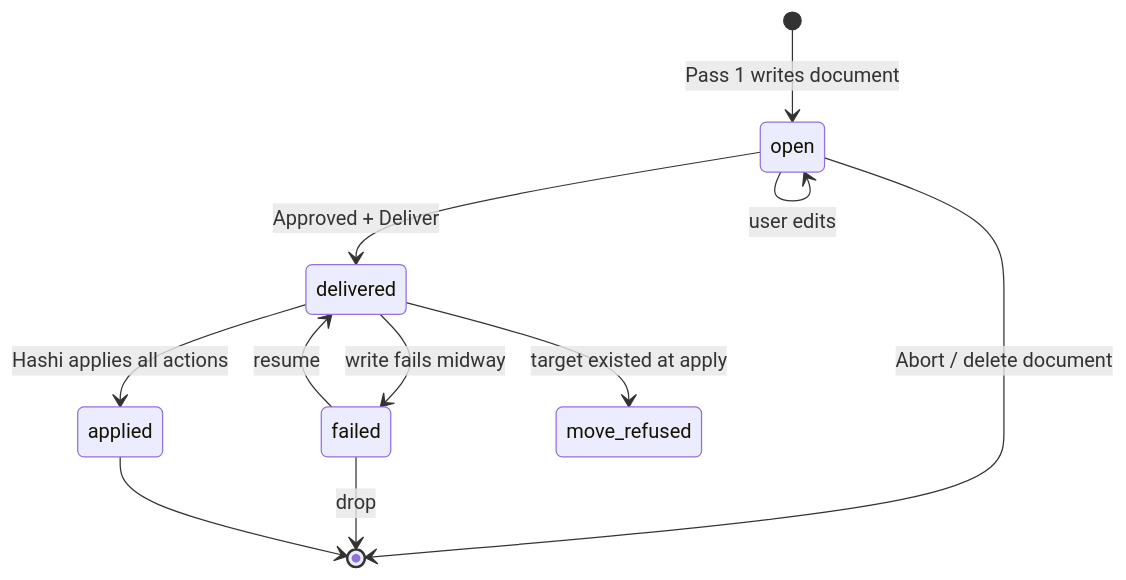
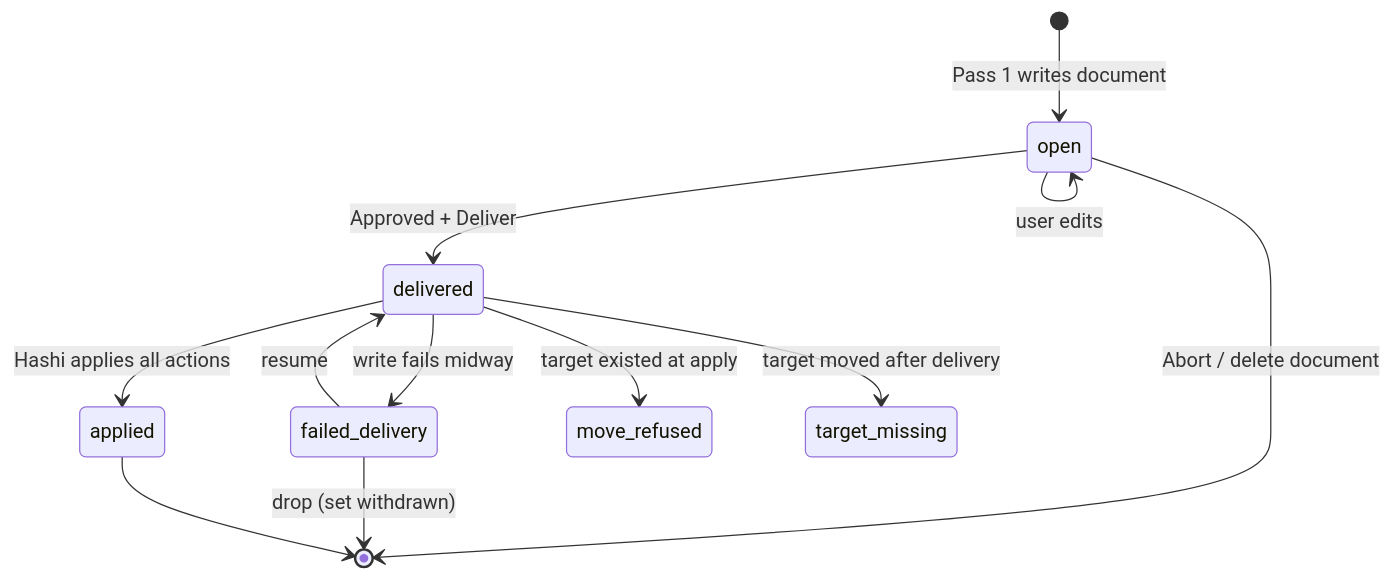
Before and after one commit to MMoMM-org/miyo-tomo: the fourth of 4 diagrams in docs/XDD/specs/045-weekly-monthly-review/solution.md, drawn with Mermaid. The commit also changed other lines of this file and 9 other files, not shown here.

````diff
--- a/docs/XDD/specs/045-weekly-monthly-review/solution.md
+++ b/docs/XDD/specs/045-weekly-monthly-review/solution.md
@@ -887,13 +993,14 @@
 ```mermaid
 stateDiagram-v2
     [*] --> open: Pass 1 writes document
     open --> open: user edits
     open --> delivered: Approved + Deliver
     open --> [*]: Abort / delete document
-    delivered --> failed: write fails midway
-    failed --> delivered: resume
-    failed --> [*]: drop
+    delivered --> failed_delivery: write fails midway
+    failed_delivery --> delivered: resume
+    failed_delivery --> [*]: drop (set withdrawn)
     delivered --> applied: Hashi applies all actions
     delivered --> move_refused: target existed at apply
+    delivered --> target_missing: target moved after delivery
     applied --> [*]
 ```
````
